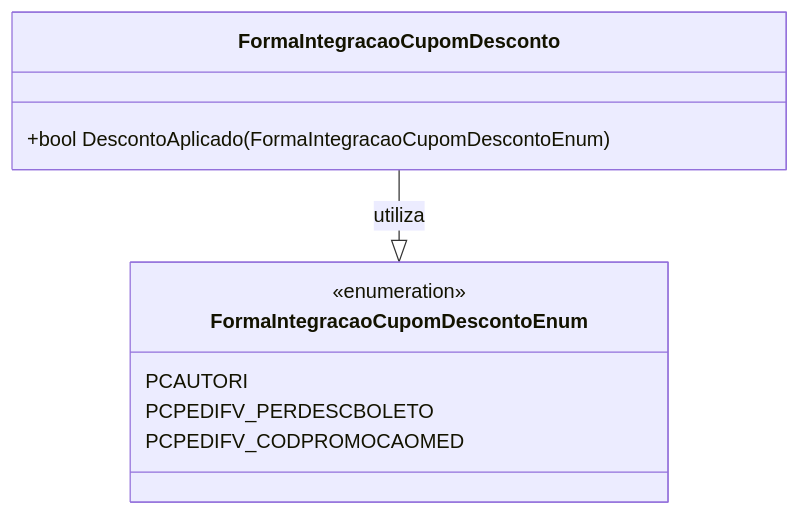
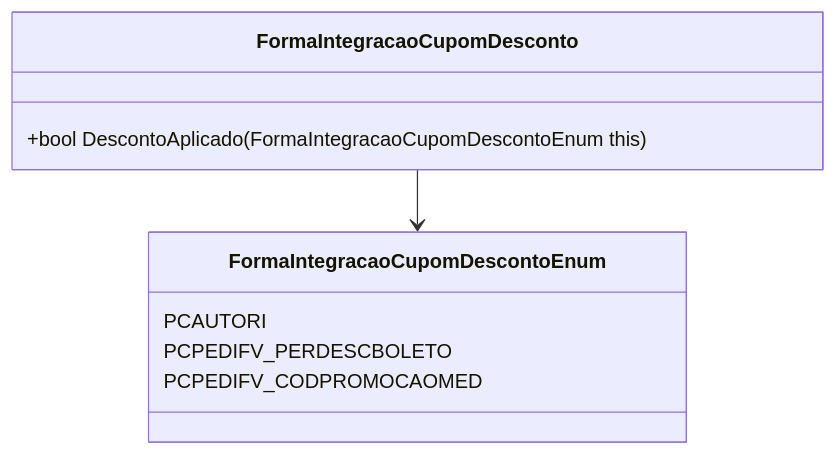
One commit to IsthmusSistemas/documentacao-tecnica changed the second of 2 diagrams in docs/b2b-dominio/IsthmusWinthor.Nucleo/IsthmusWinthor.Dominio/Enumeradores/FormaIntegracaoCupomDescontoEnum.md. Above: the diagram before and after it, drawn with Mermaid. The commit also changed other lines of this file and 882 other files, not shown here.

````diff
--- a/docs/b2b-dominio/IsthmusWinthor.Nucleo/IsthmusWinthor.Dominio/Enumeradores/FormaIntegracaoCupomDescontoEnum.md
+++ b/docs/b2b-dominio/IsthmusWinthor.Nucleo/IsthmusWinthor.Dominio/Enumeradores/FormaIntegracaoCupomDescontoEnum.md
@@ -33,15 +44,14 @@
 ```mermaid
 classDiagram
+    class FormaIntegracaoCupomDesconto {
+        +bool DescontoAplicado(FormaIntegracaoCupomDescontoEnum this)
+    }
+    
     class FormaIntegracaoCupomDescontoEnum {
-        <<enumeration>>
         PCAUTORI
         PCPEDIFV_PERDESCBOLETO
         PCPEDIFV_CODPROMOCAOMED
     }
 
-    class FormaIntegracaoCupomDesconto {
-        +bool DescontoAplicado(FormaIntegracaoCupomDescontoEnum)
-    }
-
-    FormaIntegracaoCupomDesconto --|> FormaIntegracaoCupomDescontoEnum : utiliza
-``` 
+    FormaIntegracaoCupomDesconto --> FormaIntegracaoCupomDescontoEnum
+```
````
